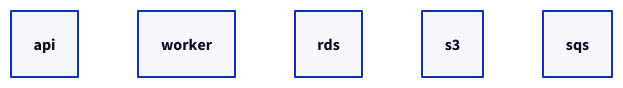
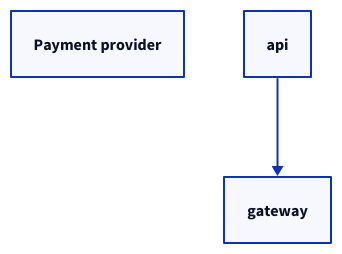
The ninth of 14 diagrams in agents/skills/d2-diagrams/SKILL.md (AnshulJ98/dotfiles), drawn with D2 before and after one commit. The commit also changed other lines of this file and 5 other files, not shown here.

First line of the commit message:
feat(d2-diagrams): four themes and one class vocabulary in styles/

````diff
--- a/agents/skills/d2-diagrams/SKILL.md
+++ b/agents/skills/d2-diagrams/SKILL.md
@@ -165,8 +202,6 @@
 ```d2
-# Define in the classes block, assign with .class
-api.class: primary
-worker.class: accent
-rds.class: database
-s3.class: store
-sqs.class: queue
+# Classes come from the imported theme. Assign with .class or inside the shape.
+gateway.class: target
+vendor: Payment provider { class: external }
+api -> gateway { class: planned }
 ```
````
